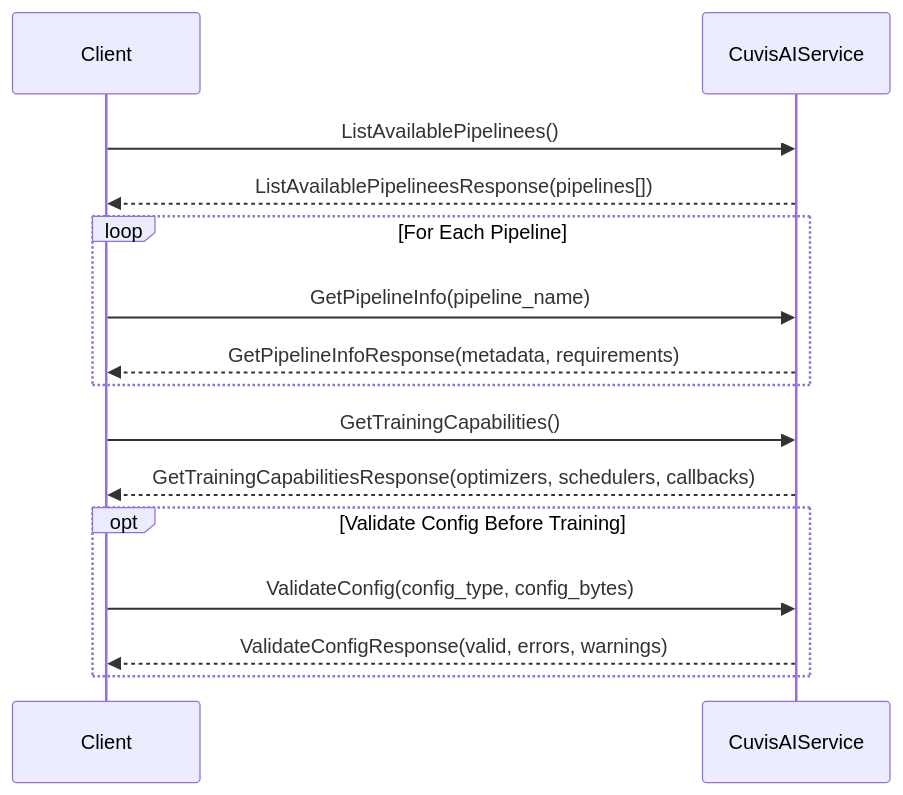
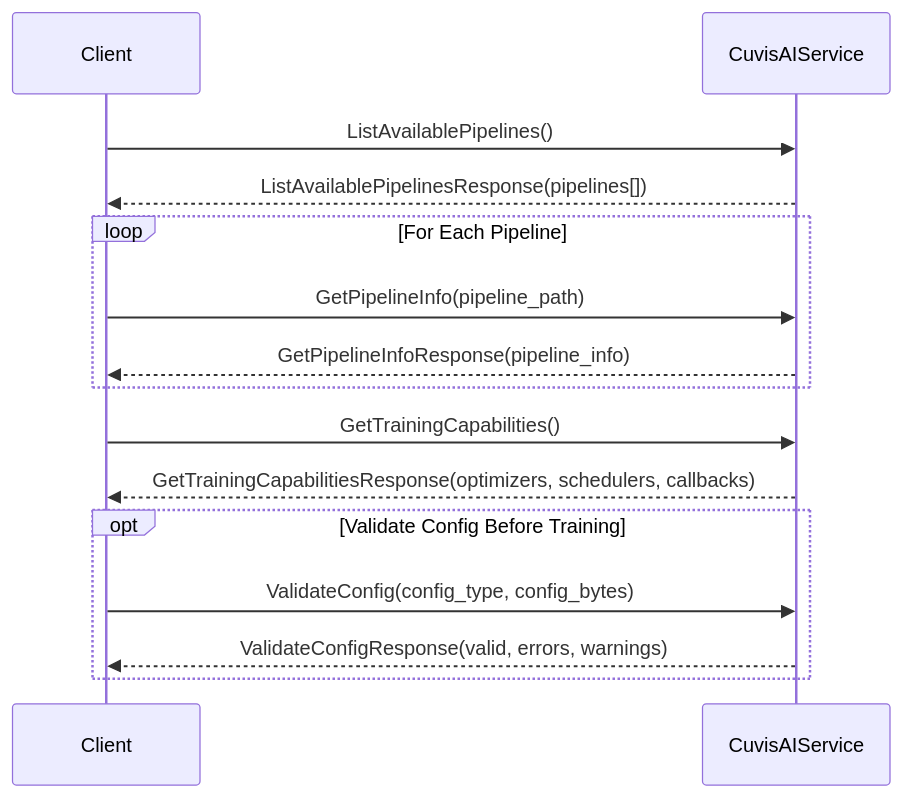
Before and after one commit to cubert-hyperspectral/cuvis-ai: the fifth of 7 diagrams in docs/grpc/sequence-diagrams.md, drawn with Mermaid. The commit also changed other lines of this file and 285 other files, not shown here.

````diff
--- a/docs/grpc/sequence-diagrams.md
+++ b/docs/grpc/sequence-diagrams.md
@@ -277,21 +280,21 @@
 ```mermaid
 sequenceDiagram
   participant Client
   participant CuvisAIService
 
-  Client->>CuvisAIService: ListAvailablePipelinees()
-  CuvisAIService-->>Client: ListAvailablePipelineesResponse(pipelines[])
+  Client->>CuvisAIService: ListAvailablePipelines()
+  CuvisAIService-->>Client: ListAvailablePipelinesResponse(pipelines[])
 
   loop For Each Pipeline
-    Client->>CuvisAIService: GetPipelineInfo(pipeline_name)
-    CuvisAIService-->>Client: GetPipelineInfoResponse(metadata, requirements)
+    Client->>CuvisAIService: GetPipelineInfo(pipeline_path)
+    CuvisAIService-->>Client: GetPipelineInfoResponse(pipeline_info)
   end
 
   Client->>CuvisAIService: GetTrainingCapabilities()
   CuvisAIService-->>Client: GetTrainingCapabilitiesResponse(optimizers, schedulers, callbacks)
 
   opt Validate Config Before Training
     Client->>CuvisAIService: ValidateConfig(config_type, config_bytes)
     CuvisAIService-->>Client: ValidateConfigResponse(valid, errors, warnings)
   end
 ```
````
